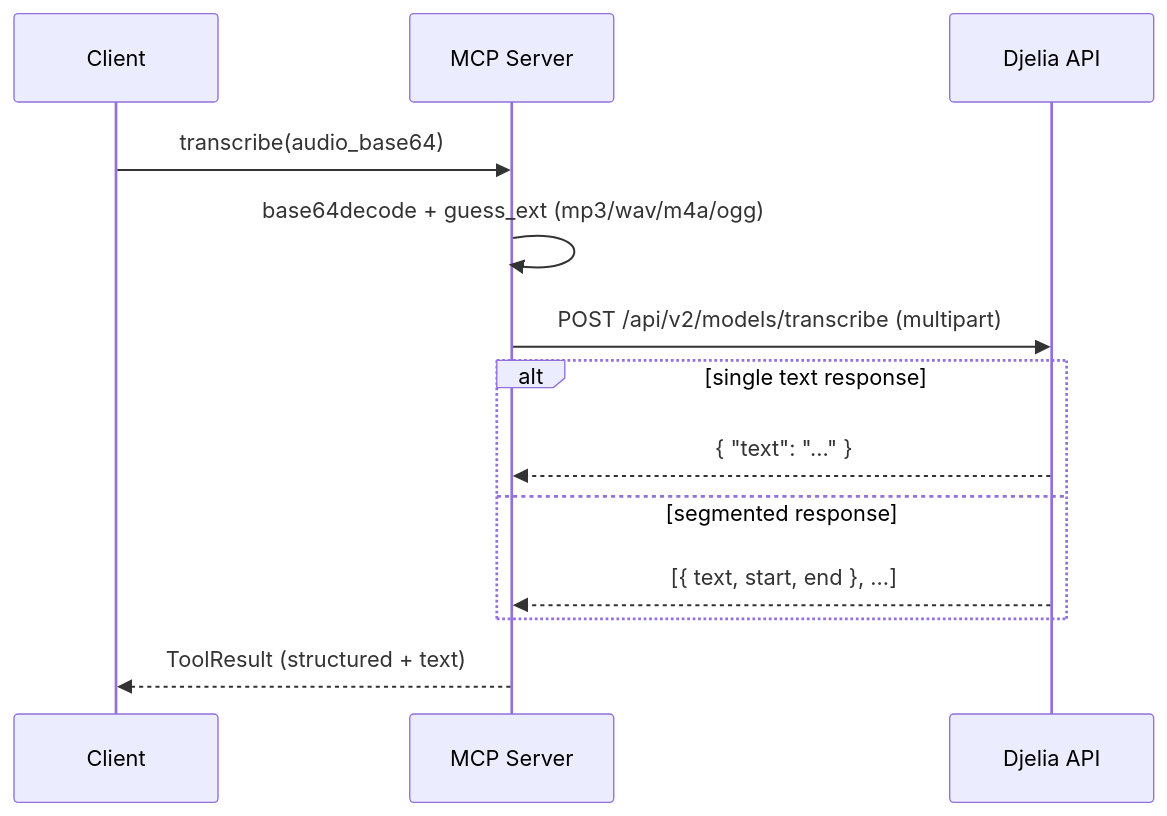
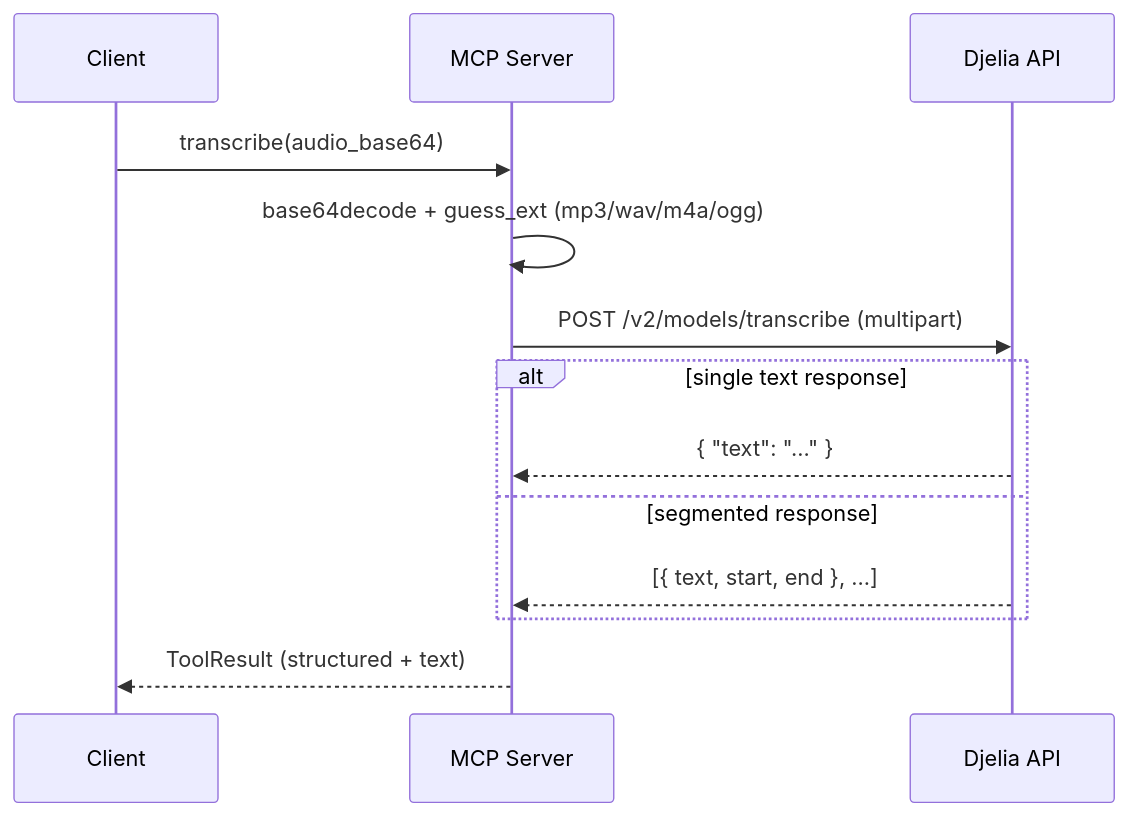
One commit to djelia-org/djelia-mcp-server changed the fourth of 6 diagrams in README.md. Above: the diagram before and after it, drawn with Mermaid. The commit also changed other lines of this file and 1 other file, not shown here.

Commit message:
fix: call the v2 endpoints under /v2 as well

````diff
--- a/README.md
+++ b/README.md
@@ -109,15 +109,15 @@
 ```mermaid
 sequenceDiagram
     participant C as Client
     participant S as MCP Server
     participant D as Djelia API
     C->>S: transcribe(audio_base64)
     S->>S: base64decode + guess_ext (mp3/wav/m4a/ogg)
-    S->>D: POST /api/v2/models/transcribe (multipart)
+    S->>D: POST /v2/models/transcribe (multipart)
     alt single text response
         D-->>S: { "text": "..." }
     else segmented response
         D-->>S: [{ text, start, end }, ...]
     end
     S-->>C: ToolResult (structured + text)
 ```
````
